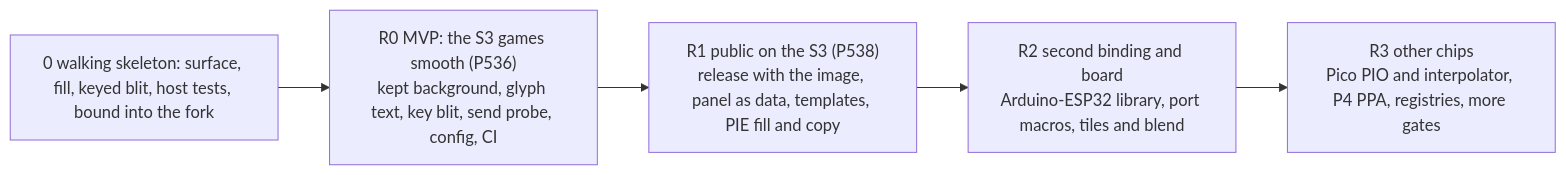
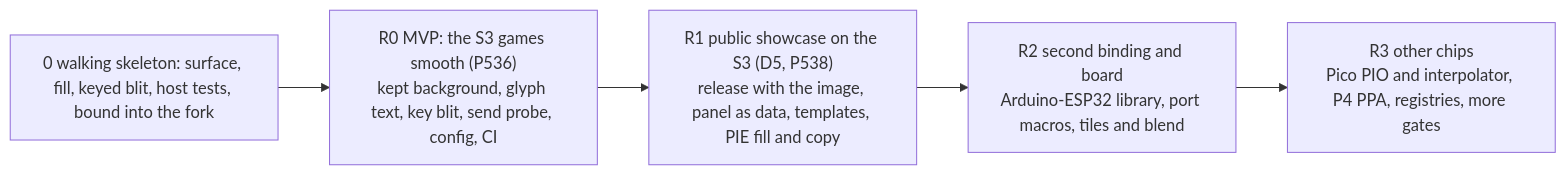
The diagram in docs/discovery/2026-11-02-graphics-library/story-map.md (xmejkal/pixel-games), drawn with Mermaid before and after one commit. The commit also changed other lines of this file and 5 other files, not shown here.

````diff
--- a/docs/discovery/2026-11-02-graphics-library/story-map.md
+++ b/docs/discovery/2026-11-02-graphics-library/story-map.md
@@ -39,9 +40,9 @@
 ```mermaid
 flowchart LR
   S0["0 walking skeleton: surface, fill, keyed blit, host tests, bound into the fork"]
   R0["R0 MVP: the S3 games smooth (P536)\nkept background, glyph text, key blit, send probe, config, CI"]
-  R1["R1 public on the S3 (P538)\nrelease with the image, panel as data, templates, PIE fill and copy"]
+  R1["R1 public showcase on the S3 (D5, P538)\nrelease with the image, panel as data, templates, PIE fill and copy"]
   R2["R2 second binding and board\nArduino-ESP32 library, port macros, tiles and blend"]
   R3["R3 other chips\nPico PIO and interpolator, P4 PPA, registries, more gates"]
   S0 --> R0 --> R1 --> R2 --> R3
 ```
````
